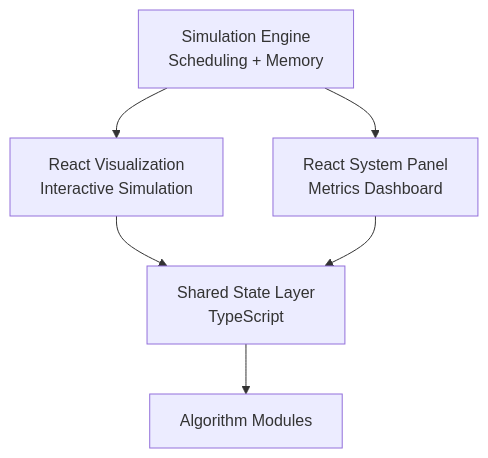
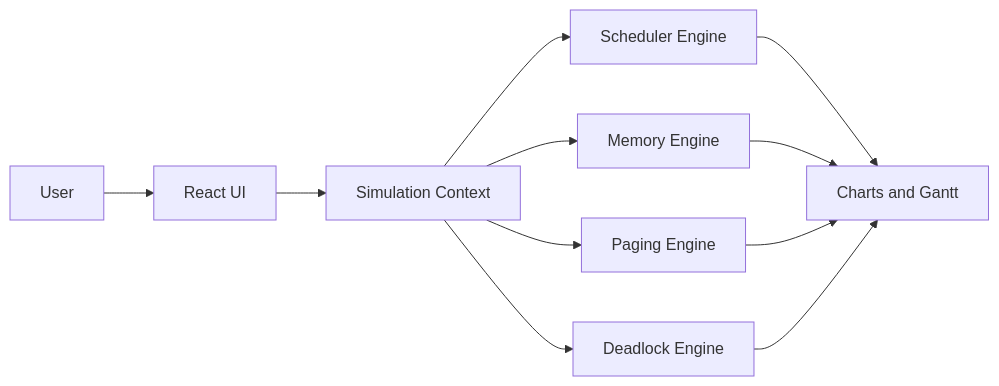
The first of 5 diagrams in README.md (ramalokeshreddyp/KernelCanvas), drawn with Mermaid before and after one commit. The commit also changed other lines of this file and 51 other files, not shown here.

````diff
--- a/README.md
+++ b/README.md
@@ -27,14 +27,13 @@
 ```mermaid
-flowchart TB
-	SE[Simulation Engine\nScheduling + Memory]
-	RV[React Visualization\nInteractive Simulation]
-	AS[React System Panel\nMetrics Dashboard]
-	SS[Shared State Layer\nTypeScript]
-	AM[Algorithm Modules]
-
-	SE --> RV
-	SE --> AS
-	RV --> SS
-	AS --> SS
-	SS --> AM
+flowchart LR
+  U[User] --> UI[React UI]
+  UI --> CTX[Simulation Context]
+  CTX --> SCH[Scheduler Engine]
+  CTX --> MEM[Memory Engine]
+  CTX --> PAG[Paging Engine]
+  CTX --> DL[Deadlock Engine]
+  SCH --> VIZ[Charts and Gantt]
+  MEM --> VIZ
+  PAG --> VIZ
+  DL --> VIZ
 ```
````
